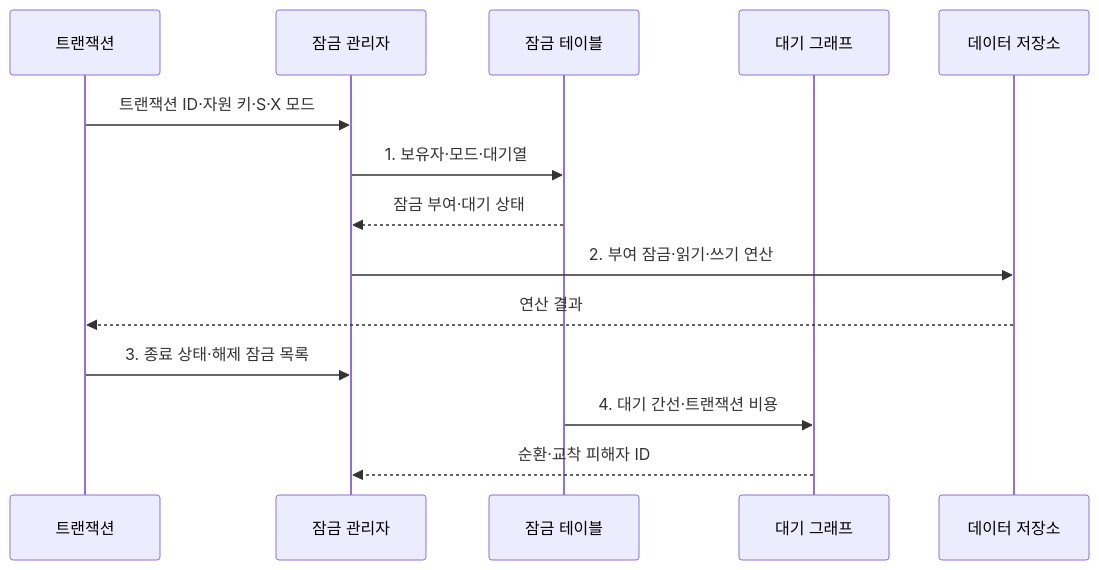
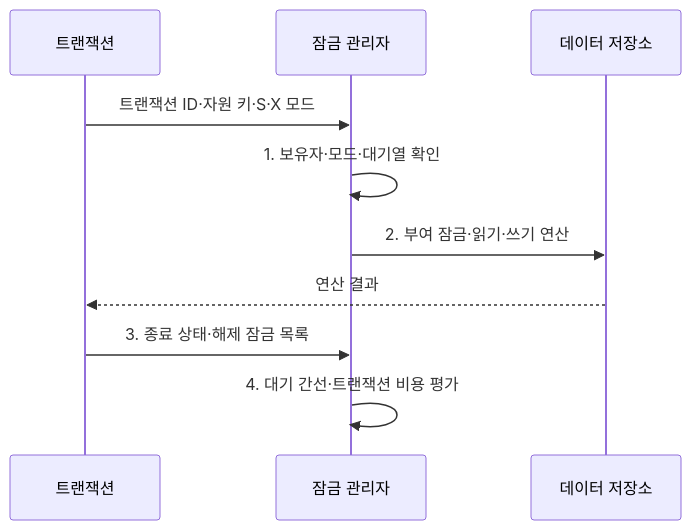
The second of 2 diagrams in src/content/docs/notes/03-software/088_two_phase_locking.md (agnusdei1207/knowledge-base), drawn with Mermaid before and after one commit. The commit also changed other lines of this file and 7 other files, not shown here.

Commit message:
Streamline software data diagrams

````diff
--- a/src/content/docs/notes/03-software/088_two_phase_locking.md
+++ b/src/content/docs/notes/03-software/088_two_phase_locking.md
@@ -101,16 +101,12 @@
 ```mermaid
 sequenceDiagram
     participant T as 트랜잭션
     participant L as 잠금 관리자
-    participant B as 잠금 테이블
-    participant W as 대기 그래프
     participant D as 데이터 저장소
     T->>L: 트랜잭션 ID·자원 키·S·X 모드
-    L->>B: 1. 보유자·모드·대기열
-    B-->>L: 잠금 부여·대기 상태
+    L->>L: 1. 보유자·모드·대기열 확인
     L->>D: 2. 부여 잠금·읽기·쓰기 연산
     D-->>T: 연산 결과
     T->>L: 3. 종료 상태·해제 잠금 목록
-    B->>W: 4. 대기 간선·트랜잭션 비용
-    W-->>L: 순환·교착 피해자 ID
+    L->>L: 4. 대기 간선·트랜잭션 비용 평가
 ```
````
